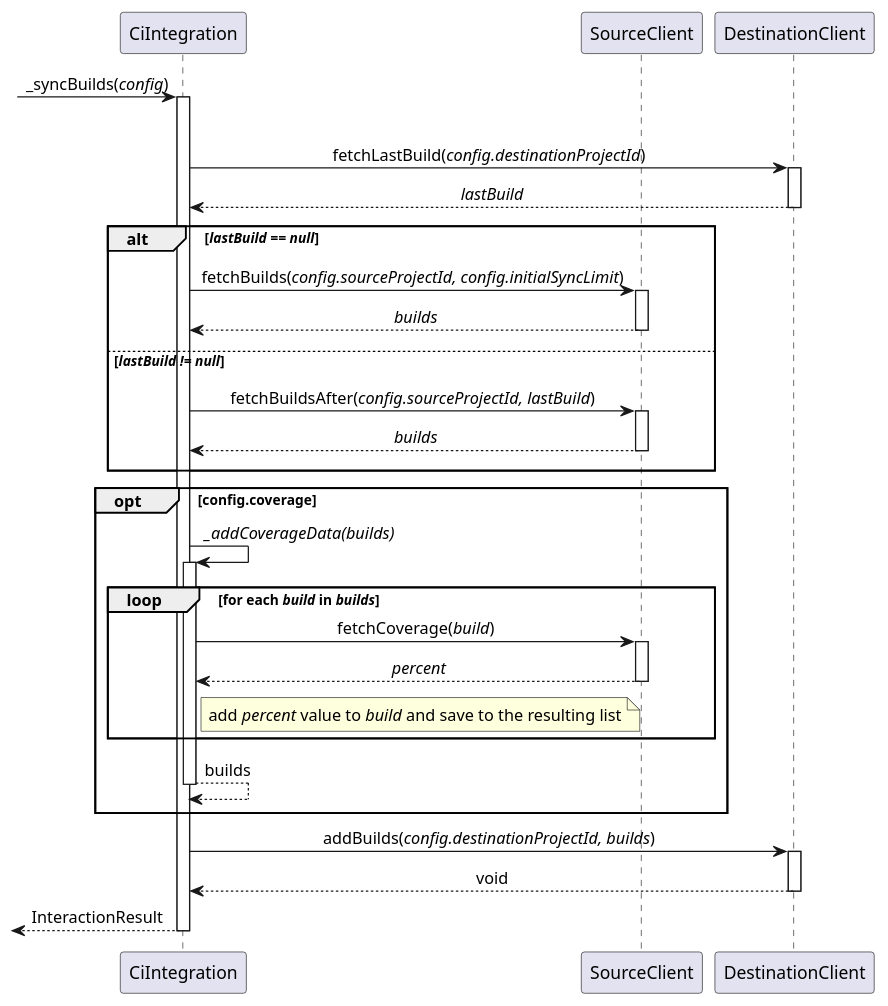
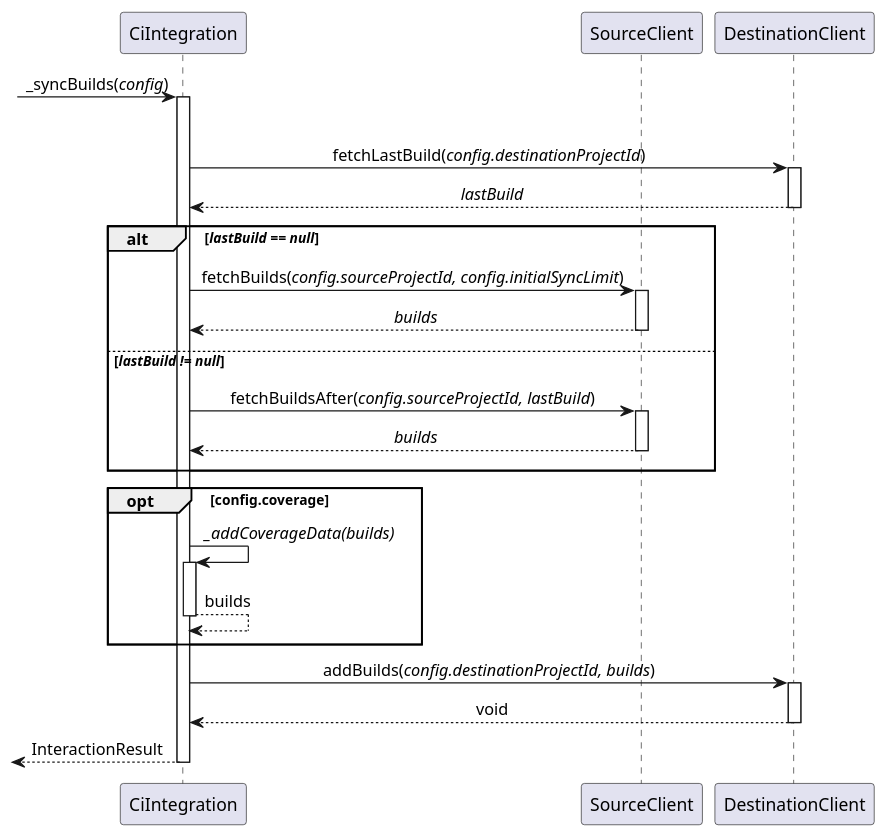
One commit to Flank/flank-dashboard changed the diagram in metrics/ci_integrations/docs/diagrams/sync_builds_stage_sequence_diagram.puml. Above: the diagram before and after it, drawn with PlantUML. The commit also changed 8 other files, not shown here.

Commit message:
simplify diagrams, add missing diagrams, improve descriptions

```diff
--- a/metrics/ci_integrations/docs/diagrams/sync_builds_stage_sequence_diagram.puml
+++ b/metrics/ci_integrations/docs/diagrams/sync_builds_stage_sequence_diagram.puml
@@ -1,44 +1,39 @@
 @startuml resync_in_progress_sequence_diagram
 'https://plantuml.com/sequence-diagram
 
 skinparam SequenceMessageAlignment center
 
 participant CiIntegration
 participant SourceClient
 participant DestinationClient
 
 ?-> CiIntegration ++ : _syncBuilds(//config//)
 |||
 CiIntegration -> DestinationClient ++ : fetchLastBuild(//config.destinationProjectId//)
 return //lastBuild//
 
 alt //lastBuild == null//
     ||8||
     CiIntegration -> SourceClient ++: fetchBuilds(//config.sourceProjectId, config.initialSyncLimit//)
     return //builds//
     ||8||
 else  //lastBuild != null//
     ||8||
     CiIntegration -> SourceClient ++: fetchBuildsAfter(//config.sourceProjectId, lastBuild//)
     return //builds//
     ||8||
 end
 
 opt config.coverage
     ||8||
     CiIntegration -> CiIntegration ++ : //_addCoverageData(builds)//
-    loop for each //build// in //builds//
-        CiIntegration -> SourceClient ++ : fetchCoverage(//build//)
-        return //percent//
-        note right of CiIntegration: add //percent// value to //build// and save to the resulting list
-    end
     return builds
     ||8||
 end
 
 CiIntegration -> DestinationClient ++ : addBuilds(//config.destinationProjectId, builds//)
 return void
 
 return InteractionResult
 
 @enduml
```
